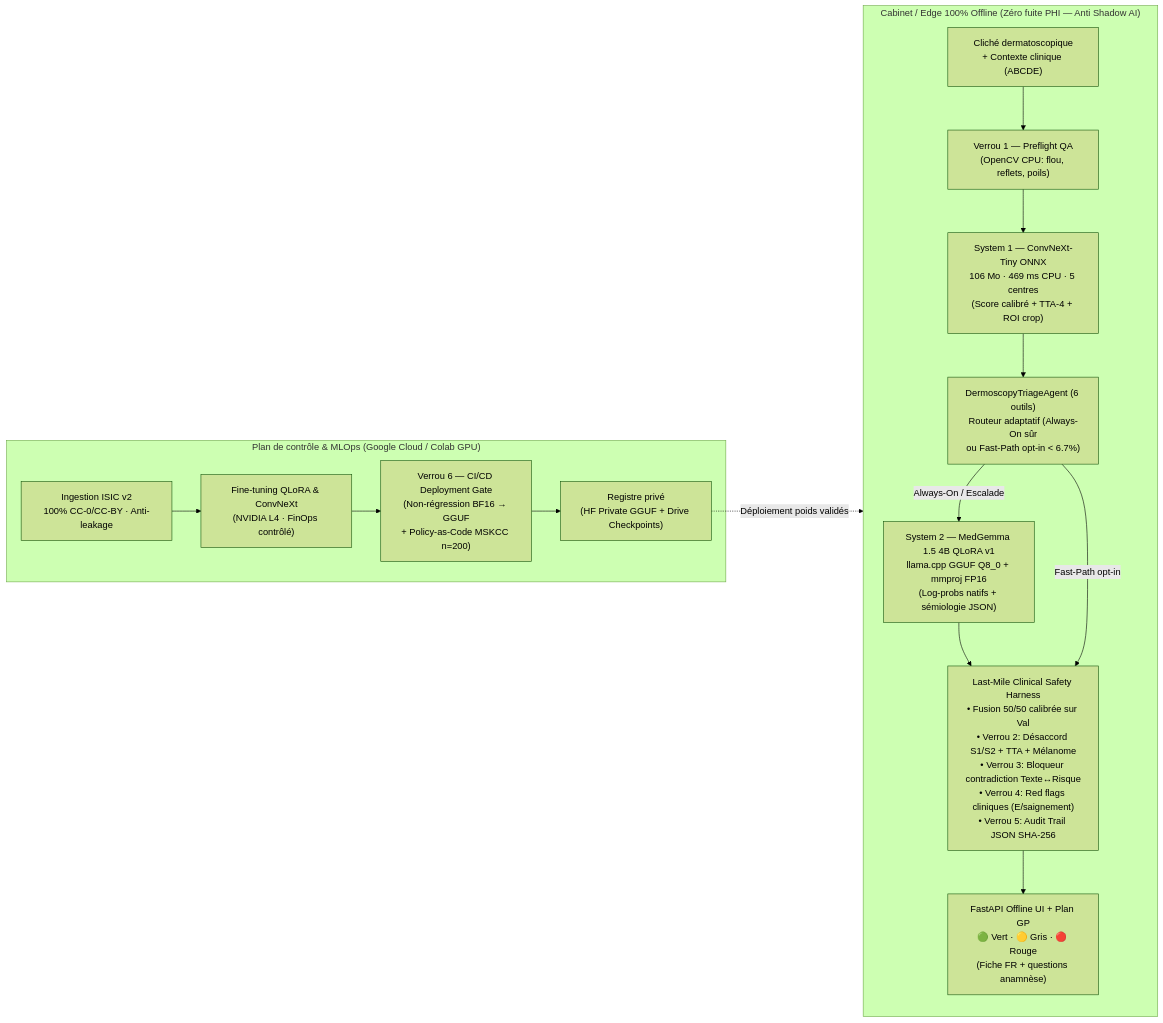
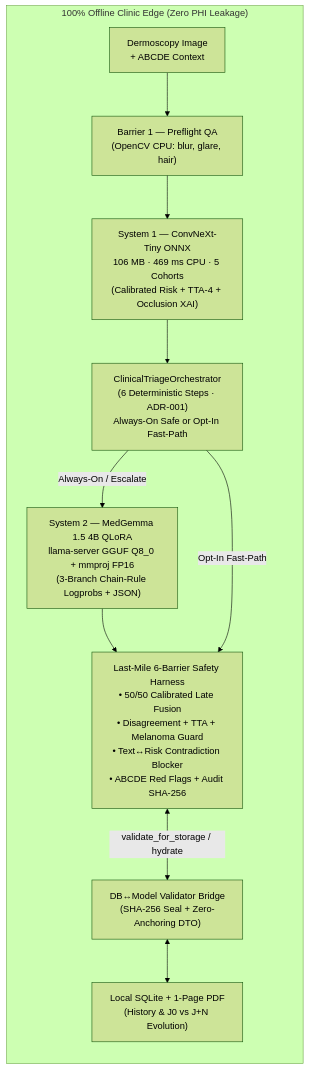
One commit to sailwaelan-dotcom/medgemma-dermato changed the diagram in README.md. Above: the diagram before and after it, drawn with Mermaid (forest theme). The commit also changed other lines of this file and 5 other files, not shown here.

Commit message:
docs: add English README, French mirror, live Edge Cabinet screenshots, and CLI sys.path fix

````diff
--- a/README.md
+++ b/README.md
@@ -11,26 +28,17 @@
 ```mermaid
 flowchart LR
-    subgraph EDGE["Cabinet / Edge 100% Offline (Zéro fuite PHI — Anti Shadow AI)"]
-        IMG["Cliché dermatoscopique\n+ Contexte clinique (ABCDE)"]
-        V1["Verrou 1 — Preflight QA\n(OpenCV CPU: flou, reflets, poils)"]
-        S1["System 1 — ConvNeXt-Tiny ONNX\n106 Mo · 469 ms CPU · 5 centres\n(Score calibré + TTA-4 + ROI crop)"]
-        RT["DermoscopyTriageAgent (6 outils)\nRouteur adaptatif (Always-On sûr\nou Fast-Path opt-in < 6.7%)"]
-        S2["System 2 — MedGemma 1.5 4B QLoRA v1\nllama.cpp GGUF Q8_0 + mmproj FP16\n(Log-probs natifs + sémiologie JSON)"]
-        H["Last-Mile Clinical Safety Harness\n• Fusion 50/50 calibrée sur Val\n• Verrou 2: Désaccord S1/S2 + TTA + Mélanome\n• Verrou 3: Bloqueur contradiction Texte↔Risque\n• Verrou 4: Red flags cliniques (E/saignement)\n• Verrou 5: Audit Trail JSON SHA-256"]
-        UI["FastAPI Offline UI + Plan GP\n🟢 Vert · 🟡 Gris · 🔴 Rouge\n(Fiche FR + questions anamnèse)"]
-        IMG --> V1 --> S1 --> RT
-        RT -->|"Always-On / Escalade"| S2 --> H
-        RT -->|"Fast-Path opt-in"| H
-        H --> UI
+    subgraph EDGE["100% Offline Clinic Edge (Zero PHI Leakage)"]
+        IMG["Dermoscopy Image\n+ ABCDE Context"]
+        V1["Barrier 1 — Preflight QA\n(OpenCV CPU: blur, glare, hair)"]
+        S1["System 1 — ConvNeXt-Tiny ONNX\n106 MB · 469 ms CPU · 5 Cohorts\n(Calibrated Risk + TTA-4 + Occlusion XAI)"]
+        ORCH["ClinicalTriageOrchestrator\n(6 Deterministic Steps · ADR-001)\nAlways-On Safe or Opt-In Fast-Path"]
+        S2["System 2 — MedGemma 1.5 4B QLoRA\nllama-server GGUF Q8_0 + mmproj FP16\n(3-Branch Chain-Rule Logprobs + JSON)"]
+        H["Last-Mile 6-Barrier Safety Harness\n• 50/50 Calibrated Late Fusion\n• Disagreement + TTA + Melanoma Guard\n• Text↔Risk Contradiction Blocker\n• ABCDE Red Flags + Audit SHA-256"]
+        BR["DB↔Model Validator Bridge\n(SHA-256 Seal + Zero-Anchoring DTO)"]
+        DB["Local SQLite + 1-Page PDF\n(History & J0 vs J+N Evolution)"]
+        IMG --> V1 --> S1 --> ORCH
+        ORCH -->|"Always-On / Escalate"| S2 --> H
+        ORCH -->|"Opt-In Fast-Path"| H
+        H <-->|"validate_for_storage / hydrate"| BR <--> DB
     end
-
-    subgraph CLOUD["Plan de contrôle & MLOps (Google Cloud / Colab GPU)"]
-        ISIC["Ingestion ISIC v2\n100% CC-0/CC-BY · Anti-leakage"]
-        TR["Fine-tuning QLoRA & ConvNeXt\n(NVIDIA L4 · FinOps contrôlé)"]
-        GATE["Verrou 6 — CI/CD Deployment Gate\n(Non-régression BF16 → GGUF\n+ Policy-as-Code MSKCC n=200)"]
-        REG["Registre privé\n(HF Private GGUF + Drive Checkpoints)"]
-        ISIC --> TR --> GATE --> REG
-    end
-
-    REG -. "Déploiement poids validés" .-> EDGE
 ```
````
